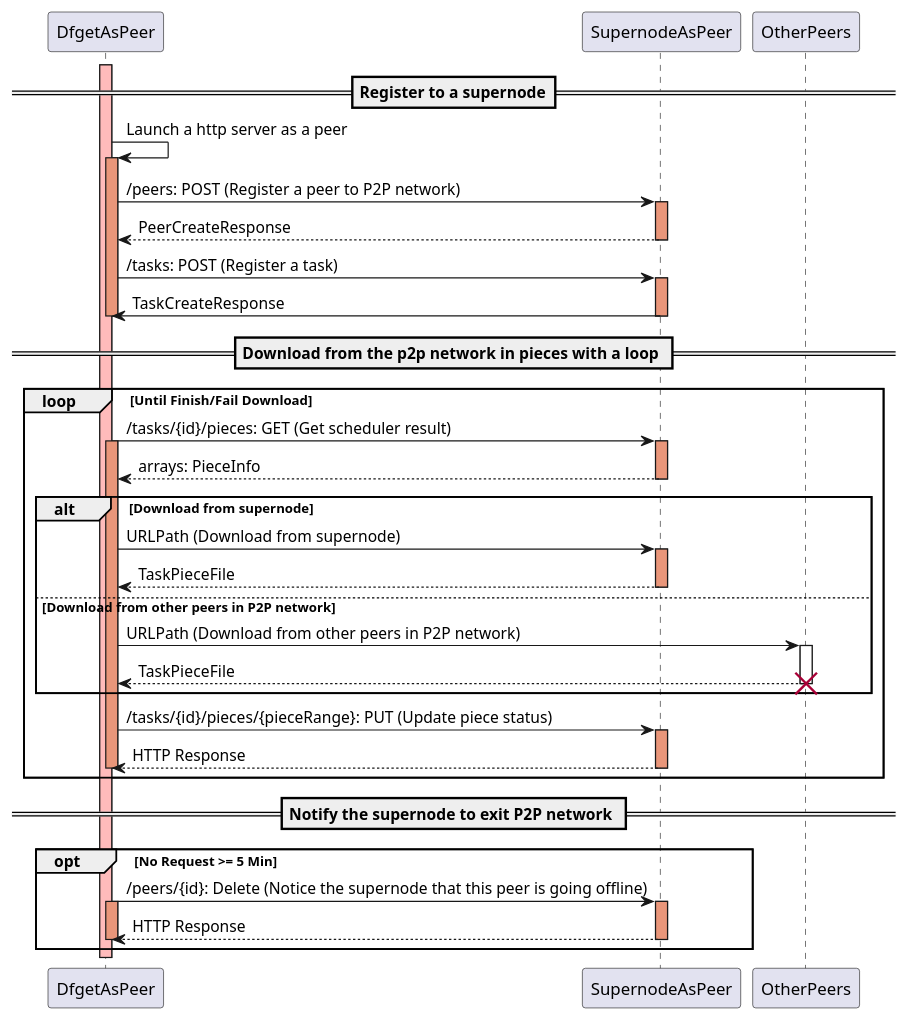
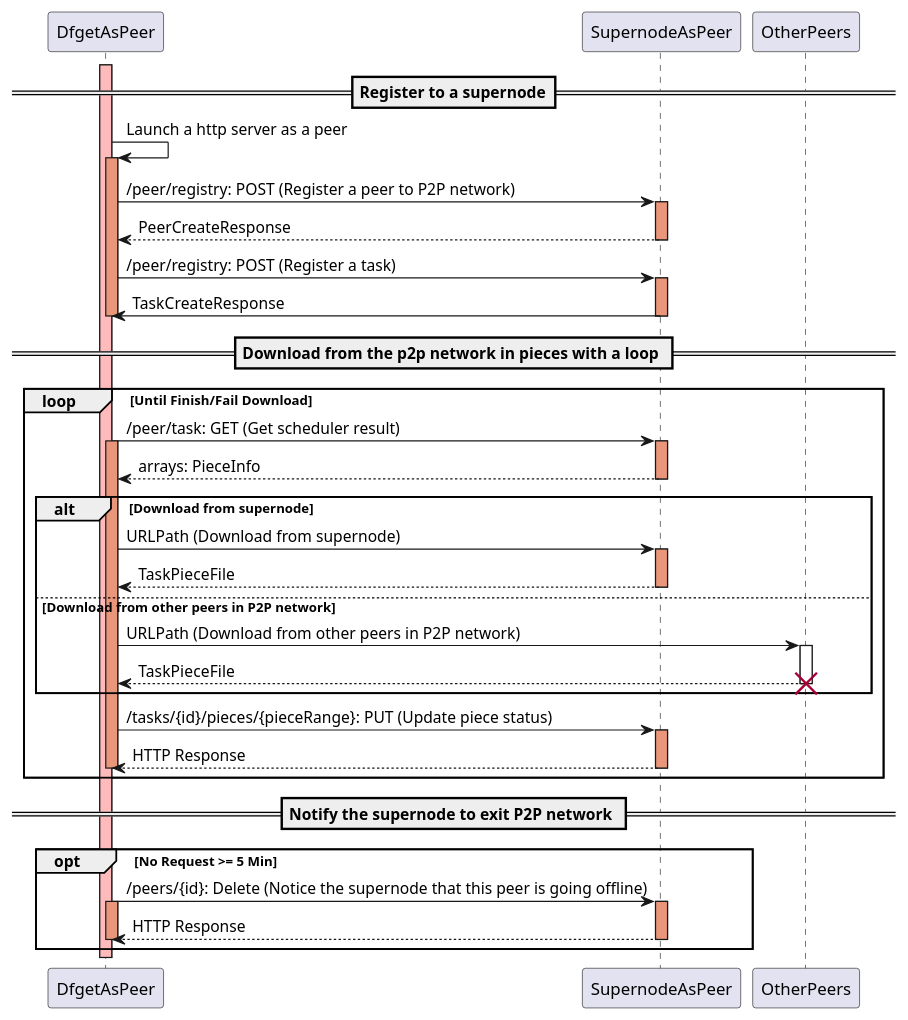
The diagram in docs/design/dfget_supernode.puml (dragonflyoss/Dragonfly), drawn with PlantUML before and after one commit.

Commit message:
timing diagram is inaccurate

```diff
--- a/docs/design/dfget_supernode.puml
+++ b/docs/design/dfget_supernode.puml
@@ -1,58 +1,58 @@
 @startuml
 == Register to a supernode==
 activate DfgetAsPeer #FFBBBB
 DfgetAsPeer -> DfgetAsPeer: Launch a http server as a peer
 
 activate DfgetAsPeer #DarkSalmon
-DfgetAsPeer -> SupernodeAsPeer: /peers: POST (Register a peer to P2P network)
+DfgetAsPeer -> SupernodeAsPeer: /peer/registry: POST (Register a peer to P2P network)
 activate SupernodeAsPeer #DarkSalmon
 SupernodeAsPeer --> DfgetAsPeer: PeerCreateResponse
 deactivate SupernodeAsPeer
 
-DfgetAsPeer -> SupernodeAsPeer: /tasks: POST (Register a task)
+DfgetAsPeer -> SupernodeAsPeer: /peer/registry: POST (Register a task)
 activate SupernodeAsPeer #DarkSalmon
 SupernodeAsPeer -> DfgetAsPeer: TaskCreateResponse
 deactivate SupernodeAsPeer
 deactivate DfgetAsPeer
 
 == Download from the p2p network in pieces with a loop ==
 loop Until Finish/Fail Download
     
-    DfgetAsPeer -> SupernodeAsPeer:  /tasks/{id}/pieces: GET (Get scheduler result)
+    DfgetAsPeer -> SupernodeAsPeer:  /peer/task: GET (Get scheduler result)
     activate DfgetAsPeer #DarkSalmon
     activate SupernodeAsPeer #DarkSalmon
     SupernodeAsPeer --> DfgetAsPeer: arrays: PieceInfo
     deactivate SupernodeAsPeer
     
     alt Download from supernode
 	DfgetAsPeer -> SupernodeAsPeer: URLPath (Download from supernode)
         activate SupernodeAsPeer #DarkSalmon
 	SupernodeAsPeer --> DfgetAsPeer: TaskPieceFile
         deactivate SupernodeAsPeer
     else Download from other peers in P2P network
 	DfgetAsPeer -> OtherPeers: URLPath (Download from other peers in P2P network)
 	activate OtherPeers
 	OtherPeers --> DfgetAsPeer: TaskPieceFile
 	deactivate OtherPeers
 	destroy OtherPeers
     end
     
     DfgetAsPeer -> SupernodeAsPeer:  /tasks/{id}/pieces/{pieceRange}: PUT (Update piece status)
     activate SupernodeAsPeer #DarkSalmon
     SupernodeAsPeer --> DfgetAsPeer: HTTP Response
     deactivate DfgetAsPeer
     deactivate SupernodeAsPeer
 end
 
 == Notify the supernode to exit P2P network ==
 opt No Request >= 5 Min
     DfgetAsPeer -> SupernodeAsPeer:  /peers/{id}: Delete (Notice the supernode that this peer is going offline)
     activate DfgetAsPeer #DarkSalmon
     activate SupernodeAsPeer #DarkSalmon
     SupernodeAsPeer --> DfgetAsPeer: HTTP Response
     deactivate SupernodeAsPeer
     deactivate DfgetAsPeer
 end
 
 deactivate DfgetAsPeer
 @enduml
```
